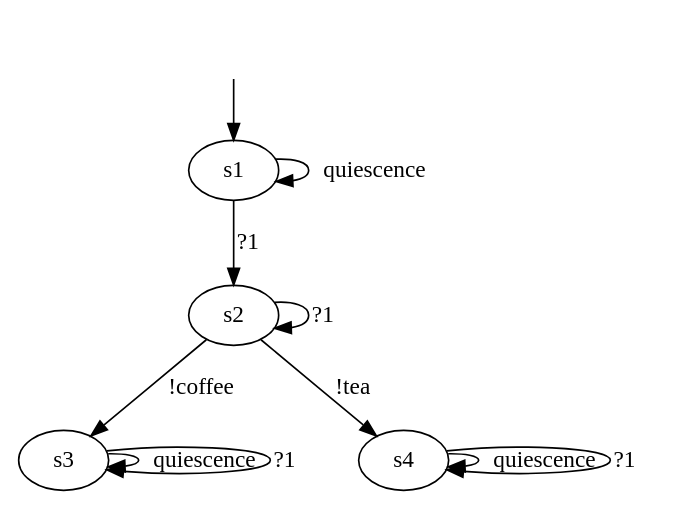
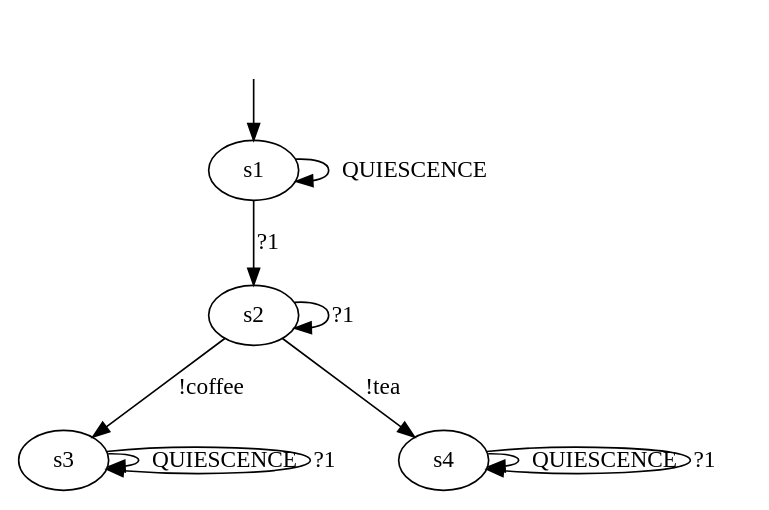
The diagram in DotModels/Iolts/ioco/06_ioco_S.dot (haubitzer/AALpy), drawn with Graphviz before and after one commit. The commit also changed 58 other files, not shown here.

```diff
--- a/DotModels/Iolts/ioco/06_ioco_S.dot
+++ b/DotModels/Iolts/ioco/06_ioco_S.dot
@@ -1,17 +1,17 @@
 digraph "../../DotModels/Iolts/ioco/06_ioco_S" {
 s1 [label=s1];
 s2 [label=s2];
 s3 [label=s3];
 s4 [label=s4];
-s1 -> s1  [label=quiescence];
+s1 -> s1  [label=QUIESCENCE];
 s1 -> s2  [label="?1"];
 s2 -> s3  [label="!coffee"];
 s2 -> s4  [label="!tea"];
 s2 -> s2  [label="?1"];
-s3 -> s3  [label=quiescence];
+s3 -> s3  [label=QUIESCENCE];
 s3 -> s3  [label="?1"];
-s4 -> s4  [label=quiescence];
+s4 -> s4  [label=QUIESCENCE];
 s4 -> s4  [label="?1"];
 __start0 [label="", shape=none];
 __start0 -> s1  [label=""];
 }
```
